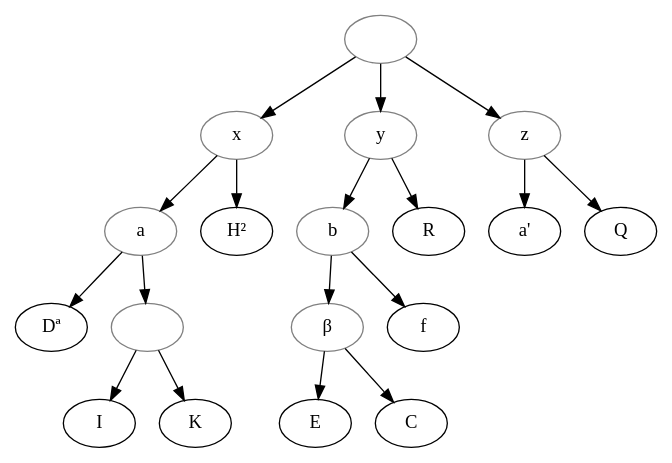
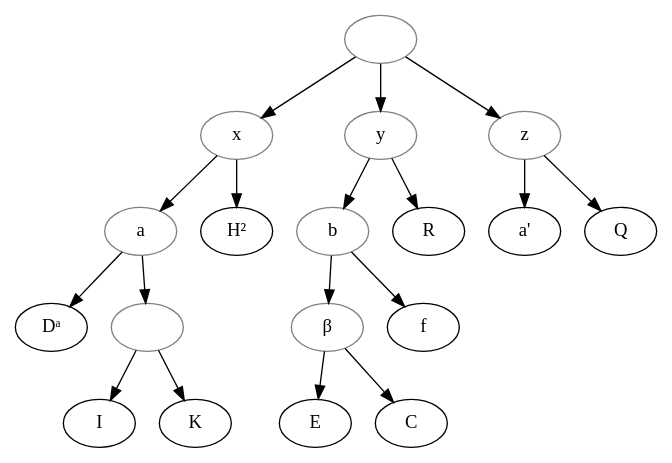
The diagram in data/pro/Stroński_1906_EliasDeBarjolsVIII/stemma.gv (OpenStemmata/database), drawn with Graphviz before and after one commit. The commit also changed 7 other files, not shown here.

```diff
--- a/data/pro/Stroński_1906_EliasDeBarjolsVIII/stemma.gv
+++ b/data/pro/Stroński_1906_EliasDeBarjolsVIII/stemma.gv
@@ -1,30 +1,30 @@
 digraph {
 archetype [label="", color="grey"] ;
 x [color="grey"] ;
 y [color="grey"] ;
 z [color="grey"] ;
 a [color="grey"]
 astroke [label="a'"] ;
 b [color="grey"] ;
 beta [color="grey", label="β"] ;
 H2 [label="H²"] ;
-Da [label="Dª"] ;
+Da [label="Dᵃ"] ;
 IK [color="grey", label=" "] ;
 archetype -> x ;
 archetype -> z ;
 archetype -> y ;
 x -> a ;
 x -> H2 ;
 a -> IK ;
 a -> Da ;
 IK -> I ;
 IK -> K ;
 z -> Q ;
 z -> astroke ;
 y -> R ;
 y -> b ;
 b -> f ;
 b -> beta ;
 beta -> E ;
 beta -> C ;
 }
```
